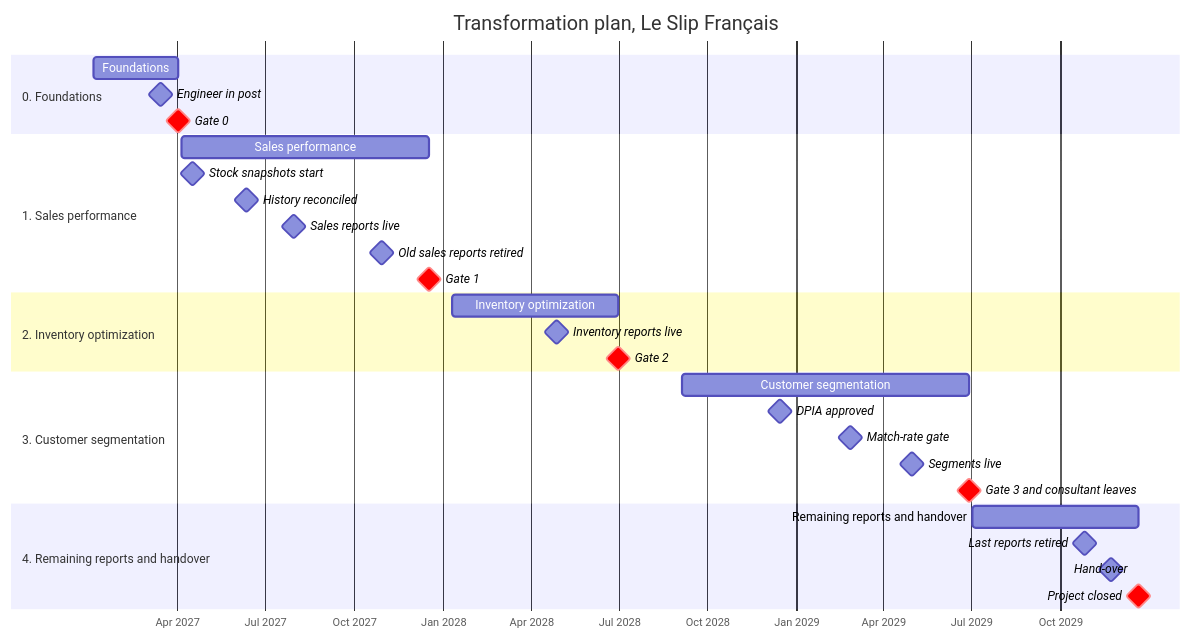
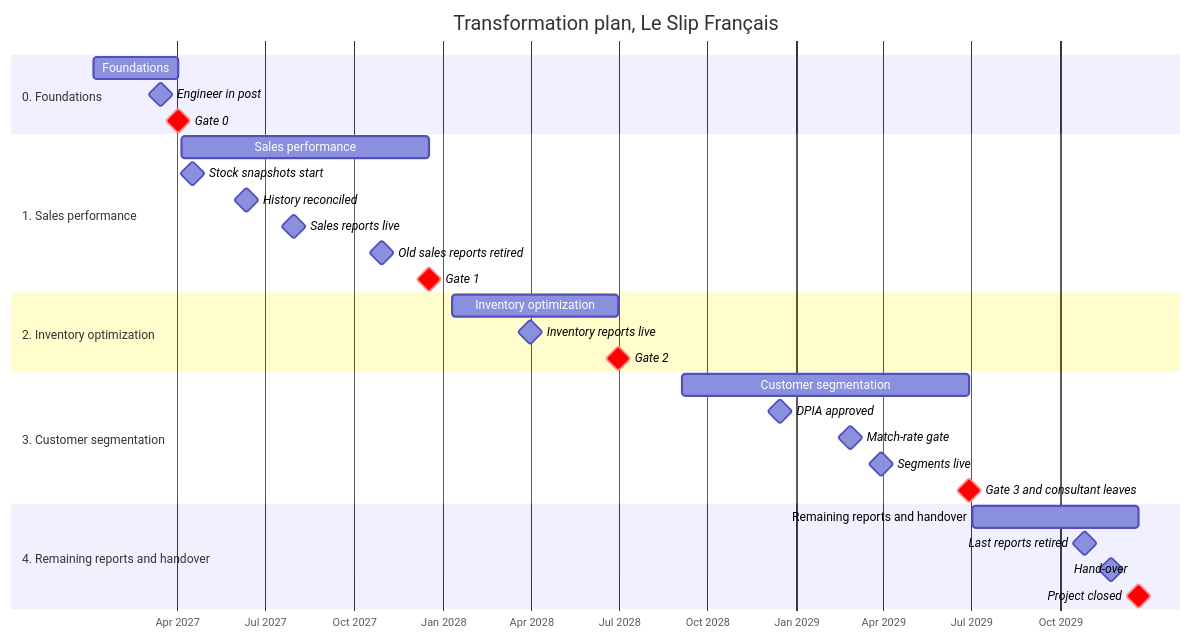
Before and after one commit to hamoud019/distribution-multicanal: the diagram in docs/deliverables/04-transformation-plan.md, drawn with Mermaid. The commit also changed other lines of this file and 10 other files, not shown here.

````diff
--- a/docs/deliverables/04-transformation-plan.md
+++ b/docs/deliverables/04-transformation-plan.md
@@ -43,32 +43,32 @@
 ```mermaid
 gantt
   title Transformation plan, Le Slip Français
   dateFormat YYYY-MM-DD
   axisFormat %b %Y
   section 0. Foundations
   Foundations :p0, 2027-01-04, 2027-04-02
   Engineer in post :milestone, 2027-03-15, 0d
   Gate 0 :crit, milestone, 2027-04-02, 0d
   section 1. Sales performance
   Sales performance :p1, 2027-04-05, 2027-12-17
   Stock snapshots start :milestone, 2027-04-16, 0d
   History reconciled :milestone, 2027-06-11, 0d
   Sales reports live :milestone, 2027-07-30, 0d
   Old sales reports retired :milestone, 2027-10-29, 0d
   Gate 1 :crit, milestone, 2027-12-17, 0d
   section 2. Inventory optimization
   Inventory optimization :p2, 2028-01-10, 2028-06-30
-  Inventory reports live :milestone, 2028-04-28, 0d
+  Inventory reports live :milestone, 2028-03-31, 0d
   Gate 2 :crit, milestone, 2028-06-30, 0d
   section 3. Customer segmentation
   Customer segmentation :p3, 2028-09-04, 2029-06-29
   DPIA approved :milestone, 2028-12-15, 0d
   Match-rate gate :milestone, 2029-02-26, 0d
-  Segments live :milestone, 2029-04-30, 0d
+  Segments live :milestone, 2029-03-30, 0d
   Gate 3 and consultant leaves :crit, milestone, 2029-06-29, 0d
   section 4. Remaining reports and handover
   Remaining reports and handover :p4, 2029-07-02, 2029-12-21
   Last reports retired :milestone, 2029-10-26, 0d
   Hand-over :milestone, 2029-11-23, 0d
   Project closed :crit, milestone, 2029-12-21, 0d
 ```
````
